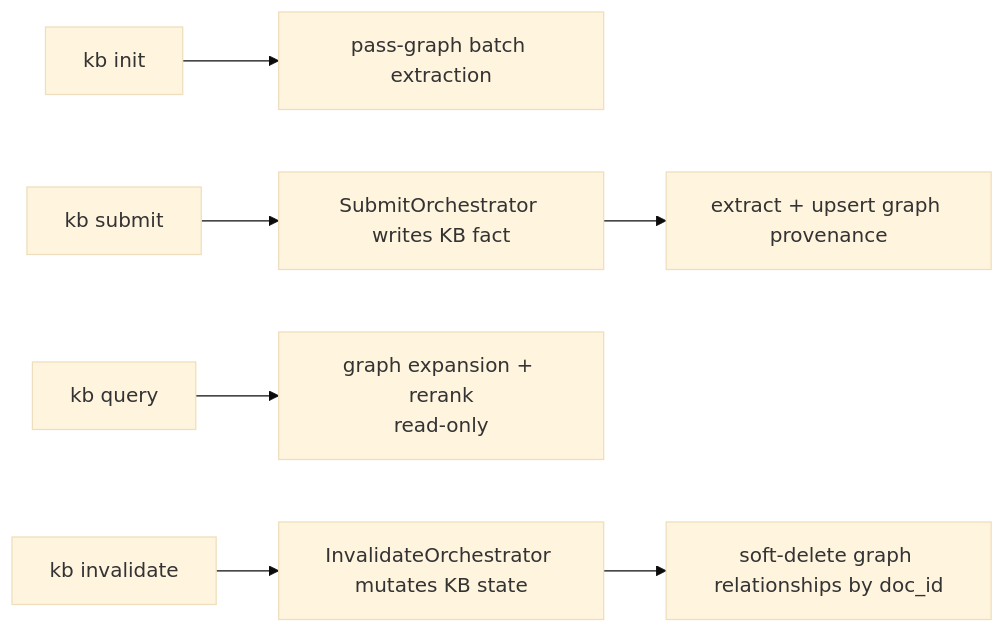
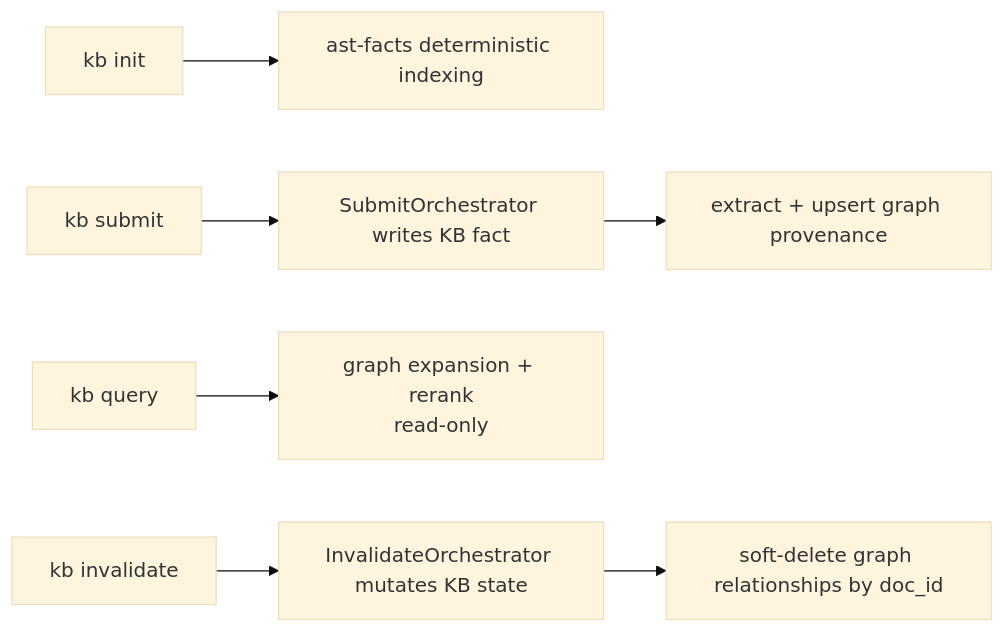
The first of 2 diagrams in src/tools/GRAPH.md (rosenjcb/kb), drawn with Mermaid (base theme) before and after one commit. The commit also changed other lines of this file and 9 other files, not shown here.

````diff
--- a/src/tools/GRAPH.md
+++ b/src/tools/GRAPH.md
@@ -44,9 +44,9 @@
 ```mermaid
 flowchart LR
-  I["kb init"] --> IG["pass-graph batch extraction"]
+  I["kb init"] --> AF["ast-facts deterministic indexing"]
   S["kb submit"] --> SW["SubmitOrchestrator writes KB fact"]
   SW --> SG["extract + upsert graph provenance"]
   Q["kb query"] --> QG["graph expansion + rerank\nread-only"]
   N["kb invalidate"] --> NW["InvalidateOrchestrator mutates KB state"]
   NW --> NG["soft-delete graph relationships by doc_id"]
 ```
````
